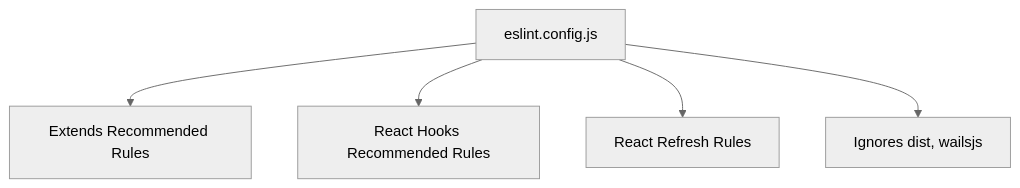
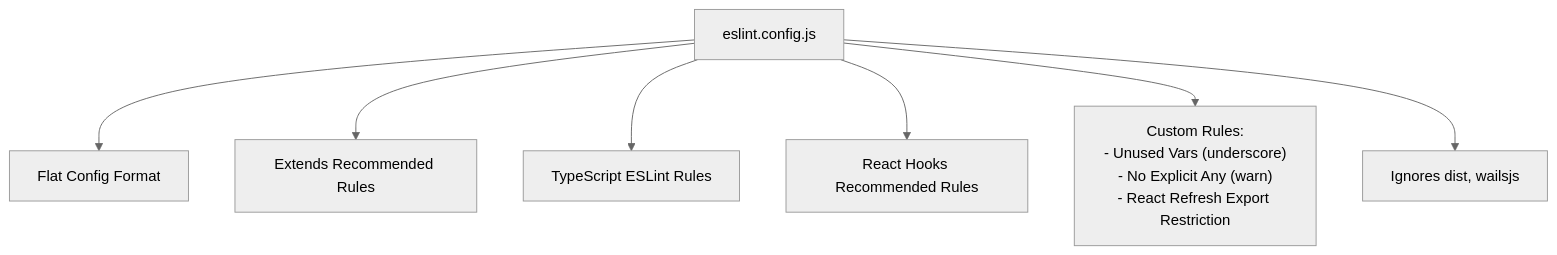
Before and after one commit to v0lka/c0wrk: the fifth of 11 diagrams in .qoder/repowiki/en/content/Frontend Application/Build System.md, drawn with Mermaid (neutral theme). The commit also changed other lines of this file and 13 other files, not shown here.

````diff
--- a/.qoder/repowiki/en/content/Frontend Application/Build System.md
+++ b/.qoder/repowiki/en/content/Frontend Application/Build System.md
@@ -215,7 +258,9 @@
 ```mermaid
 flowchart TD
-ESLConf["eslint.config.js"] --> ExtRecommended["Extends Recommended Rules"]
+ESLConf["eslint.config.js"] --> FlatFormat["Flat Config Format"]
+ESLConf --> ExtRecommended["Extends Recommended Rules"]
+ESLConf --> TypeScriptRules["TypeScript ESLint Rules"]
 ESLConf --> HooksRules["React Hooks Recommended Rules"]
-ESLConf --> RefreshRule["React Refresh Rules"]
+ESLConf --> CustomRules["Custom Rules:<br/>- Unused Vars (underscore)<br/>- No Explicit Any (warn)<br/>- React Refresh Export Restriction"]
 ESLConf --> Ignores["Ignores dist, wailsjs"]
 ```
````
